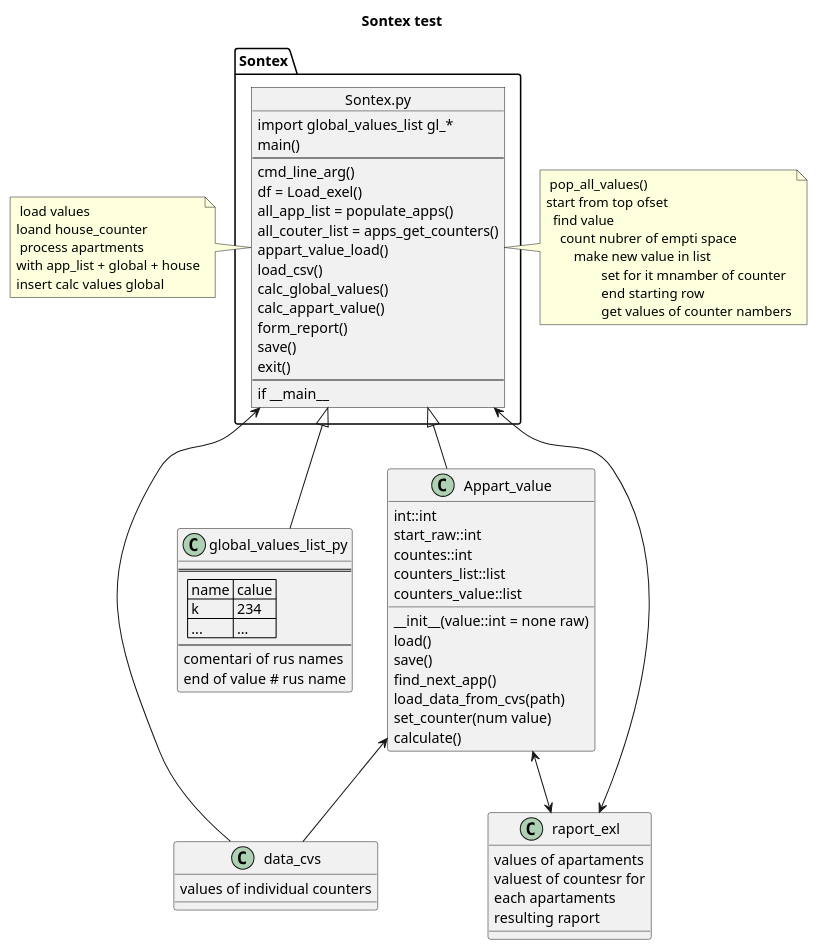
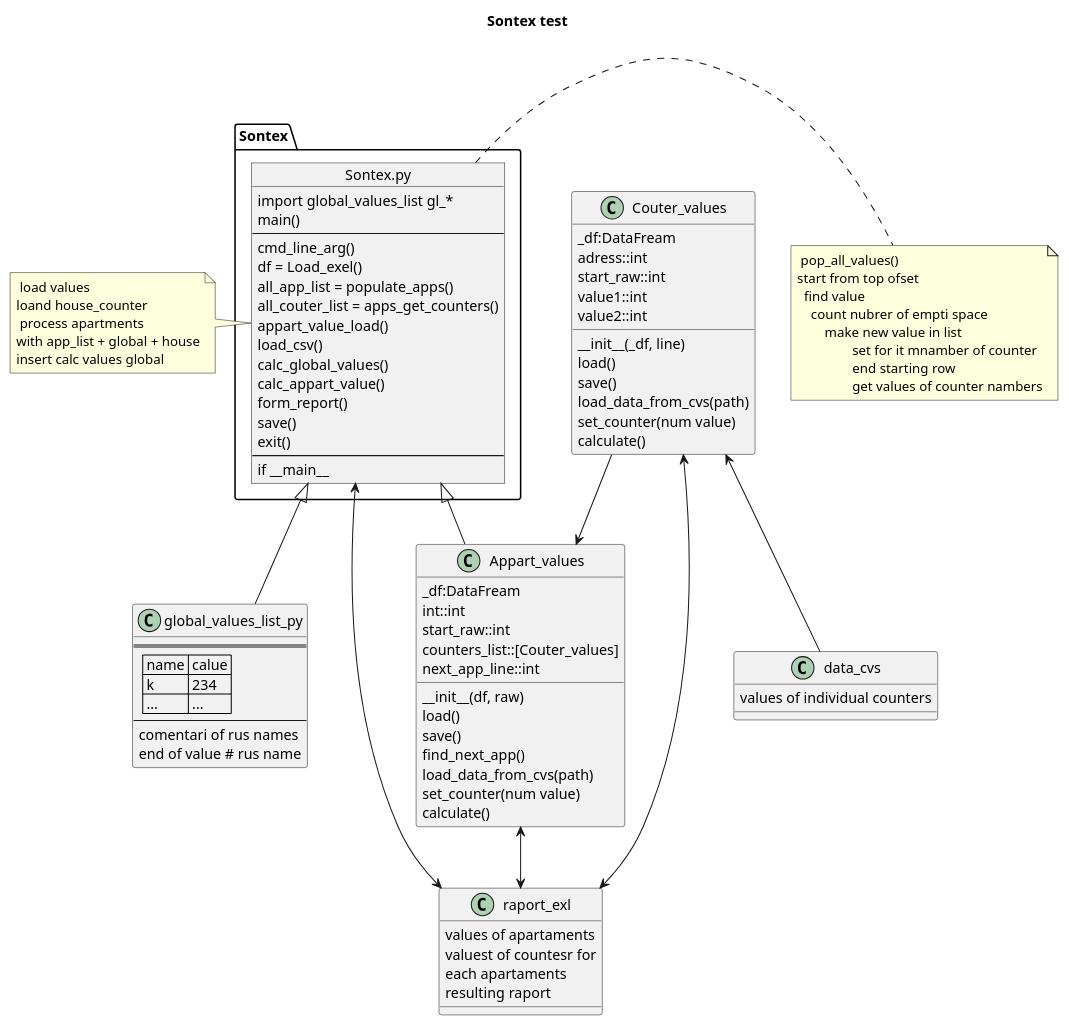
One commit to Buyn/Sontex changed the first of 30 diagrams in DOCs/uml.org. Above: the diagram before and after it, drawn with PlantUML. The commit also changed other lines of this file and 7 other files, not shown here.

```diff
--- a/DOCs/uml.org
+++ b/DOCs/uml.org
@@ -48,12 +48,13 @@
 			get values of counter nambers
 end note
 
-Sontex.py <-- data_cvs
 Sontex.py <|-- global_values_list_py
 Sontex.py <--> raport_exl
-Sontex.py <|-- Appart_value
-Appart_value <-- data_cvs
-Appart_value <--> raport_exl
+Sontex.py <|-- Appart_values
+Appart_values <--> raport_exl
+Couter_values <--> raport_exl
+Couter_values --> Appart_values
+Couter_values <-- data_cvs
 
 
 object global_values_list_py {
@@ -78,13 +79,13 @@
 	}
 
 
-class Appart_value {
+class Appart_values {
+	_df:DataFream
 	int::int
 	start_raw::int
-	countes::int
-	counters_list::list
-	counters_value::list
-	__init__(value::int = none raw)
+	counters_list::[Couter_values]
+	next_app_line::int
+	__init__(df, raw)
 	load()
 	save()
 	find_next_app()
@@ -94,4 +95,17 @@
 	}
 
 
+class Couter_values {
+	_df:DataFream
+	adress::int
+	start_raw::int
+	value1::int
+	value2::int
+	__init__(_df, line)
+	load()
+	save()
+	load_data_from_cvs(path)
+	set_counter(num value)
+	calculate()
+	}
 #+end_src
```
